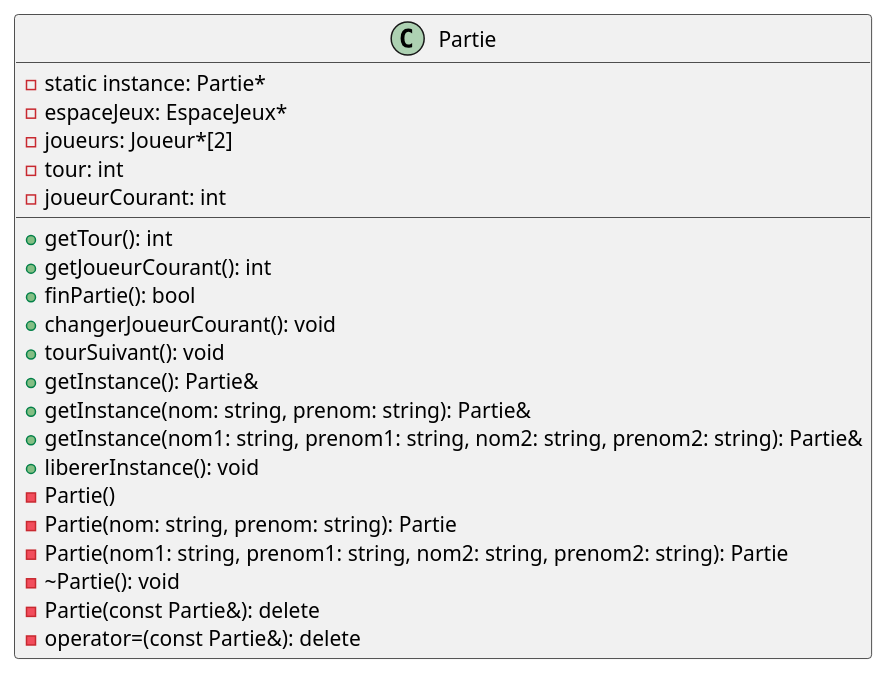
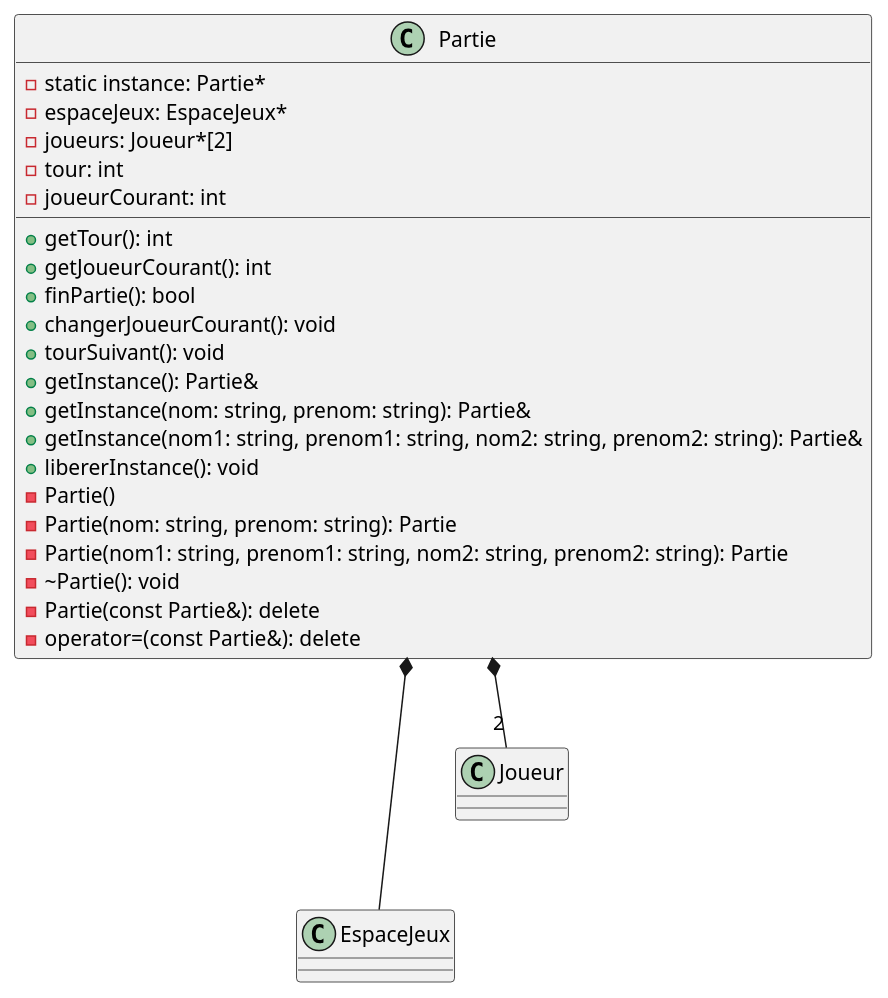
The diagram in uml/partie/partie.plantuml (theguega/OOP-Board-Game), drawn with PlantUML before and after one commit. The commit also changed 1 other file, not shown here.

```diff
--- a/uml/partie/partie.plantuml
+++ b/uml/partie/partie.plantuml
@@ -1,24 +1,28 @@
 @startuml
 class Partie {
   - static instance: Partie*
   - espaceJeux: EspaceJeux*
   - joueurs: Joueur*[2]
   - tour: int
   - joueurCourant: int
   + getTour(): int
   + getJoueurCourant(): int
   + finPartie(): bool
   + changerJoueurCourant(): void
   + tourSuivant(): void
   + getInstance(): Partie&
   + getInstance(nom: string, prenom: string): Partie&
   + getInstance(nom1: string, prenom1: string, nom2: string, prenom2: string): Partie&
   + libererInstance(): void
   - Partie()
   - Partie(nom: string, prenom: string): Partie
   - Partie(nom1: string, prenom1: string, nom2: string, prenom2: string): Partie
   - ~Partie(): void
   - Partie(const Partie&): delete
   - operator=(const Partie&): delete
 }
+
+
+Partie *--- EspaceJeux
+Partie *--"2" Joueur
 @enduml
```
